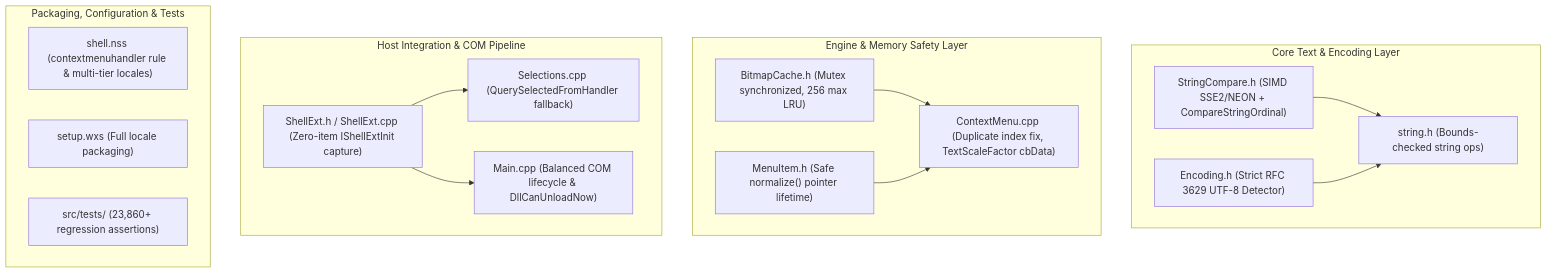
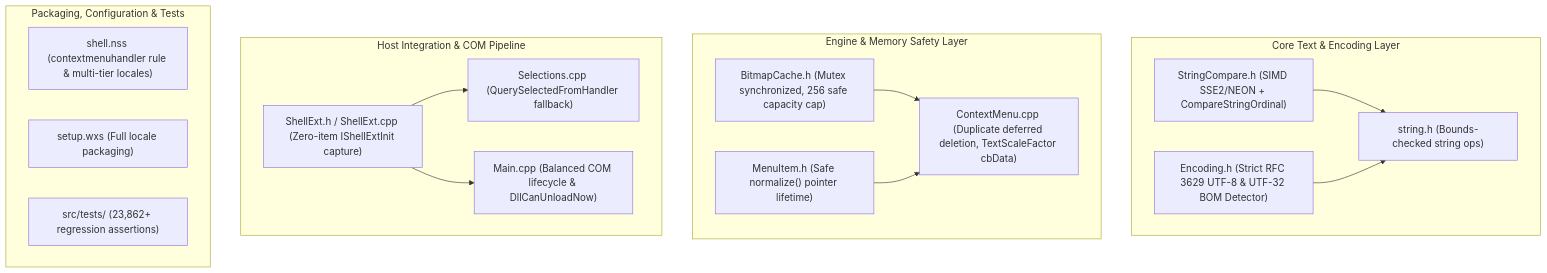
Before and after one commit to opj161/Shell: the diagram in IMPLEMENTATION_PLAN.md, drawn with Mermaid. The commit also changed other lines of this file and 14 other files, not shown here.

Commit message:
Complete RC hardening: safe non-destructive BitmapCache capacity, duplicate-menu deferred deletion, balanced COM lifecycle, GDI DC selection contract enforcement, atomic thread-safe test harness, and UTF-32 BOM reordering

````diff
--- a/IMPLEMENTATION_PLAN.md
+++ b/IMPLEMENTATION_PLAN.md
@@ -32,32 +32,32 @@
 ```mermaid
 graph TD
     subgraph "Core Text & Encoding Layer"
         SC["StringCompare.h (SIMD SSE2/NEON + CompareStringOrdinal)"]
-        ENC["Encoding.h (Strict RFC 3629 UTF-8 Detector)"]
+        ENC["Encoding.h (Strict RFC 3629 UTF-8 & UTF-32 BOM Detector)"]
         STR["string.h (Bounds-checked string ops)"]
         SC --> STR
         ENC --> STR
     end
 
     subgraph "Engine & Memory Safety Layer"
-        BC["BitmapCache.h (Mutex synchronized, 256 max LRU)"]
+        BC["BitmapCache.h (Mutex synchronized, 256 safe capacity cap)"]
         MI["MenuItem.h (Safe normalize() pointer lifetime)"]
-        CM["ContextMenu.cpp (Duplicate index fix, TextScaleFactor cbData)"]
+        CM["ContextMenu.cpp (Duplicate deferred deletion, TextScaleFactor cbData)"]
         BC --> CM
         MI --> CM
     end
 
     subgraph "Host Integration & COM Pipeline"
         SE["ShellExt.h / ShellExt.cpp (Zero-item IShellExtInit capture)"]
         SEL["Selections.cpp (QuerySelectedFromHandler fallback)"]
         MN["Main.cpp (Balanced COM lifecycle & DllCanUnloadNow)"]
         SE --> SEL
         SE --> MN
     end
 
     subgraph "Packaging, Configuration & Tests"
         NSS["shell.nss (contextmenuhandler rule & multi-tier locales)"]
         WIX["setup.wxs (Full locale packaging)"]
-        TST["src/tests/ (23,860+ regression assertions)"]
+        TST["src/tests/ (23,862+ regression assertions)"]
     end
 ```
````
